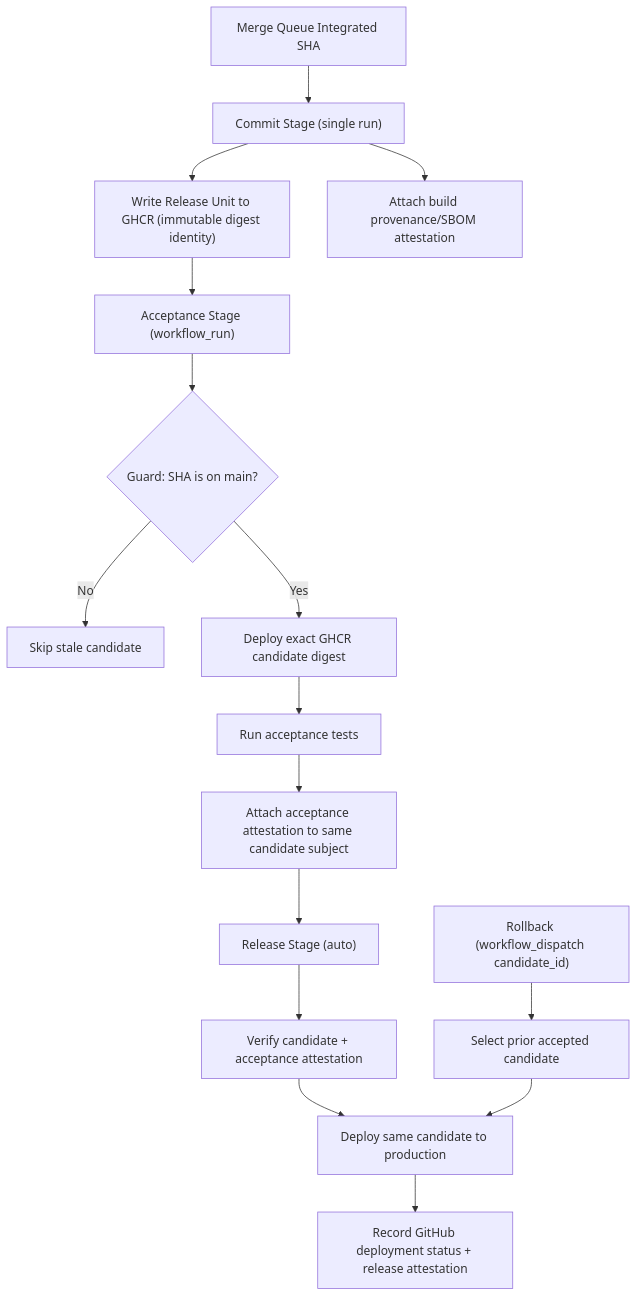
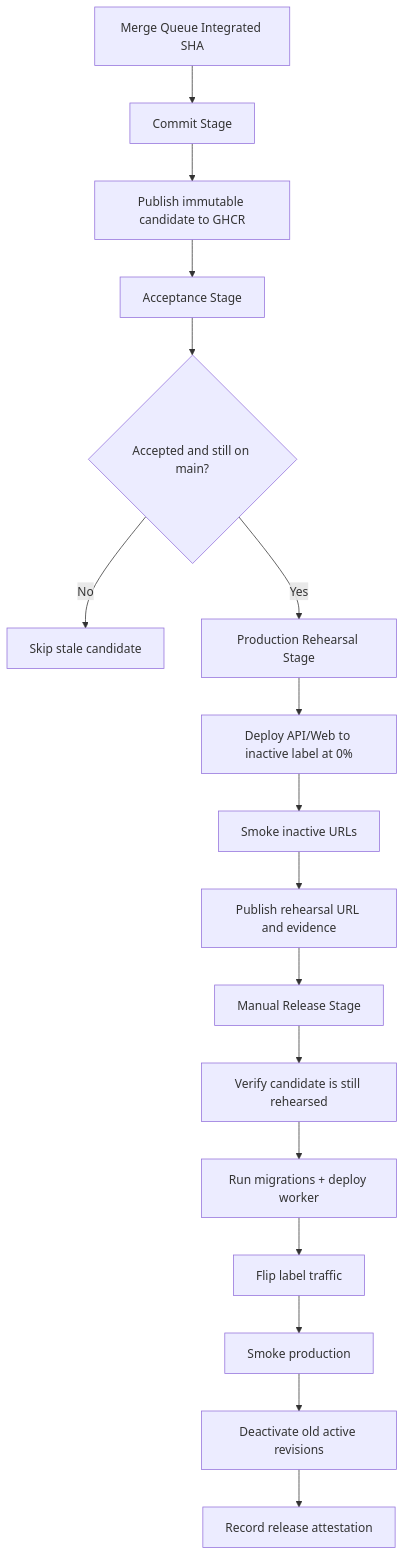
The diagram in pipeline/README.md (glcsolutions-ca/compass), drawn with Mermaid before and after one commit. The commit also changed other lines of this file and 39 other files, not shown here.

Commit message:
Split production rehearsal and release workflows

````diff
--- a/pipeline/README.md
+++ b/pipeline/README.md
@@ -19,21 +16,19 @@
 ```mermaid
 flowchart TD
-  A["Merge Queue Integrated SHA"] --> B["Commit Stage (single run)"]
-  B --> C["Write Release Unit to GHCR (immutable digest identity)"]
-  B --> D["Attach build provenance/SBOM attestation"]
-
-  C --> E["Acceptance Stage (workflow_run)"]
-  E --> E1{"Guard: SHA is on main?"}
-  E1 -- "No" --> X["Skip stale candidate"]
-  E1 -- "Yes" --> F["Deploy exact GHCR candidate digest"]
-  F --> G["Run acceptance tests"]
-  G --> H["Attach acceptance attestation to same candidate subject"]
-
-  H --> I["Release Stage (auto)"]
-  I --> J["Verify candidate + acceptance attestation"]
-  J --> K["Deploy same candidate to production"]
-  K --> L["Record GitHub deployment status + release attestation"]
-
-  M["Rollback (workflow_dispatch candidate_id)"] --> N["Select prior accepted candidate"]
-  N --> K
+  A["Merge Queue Integrated SHA"] --> B["Commit Stage"]
+  B --> C["Publish immutable candidate to GHCR"]
+  C --> D["Acceptance Stage"]
+  D --> E{"Accepted and still on main?"}
+  E -- "No" --> X["Skip stale candidate"]
+  E -- "Yes" --> F["Production Rehearsal Stage"]
+  F --> G["Deploy API/Web to inactive label at 0%"]
+  G --> H["Smoke inactive URLs"]
+  H --> I["Publish rehearsal URL and evidence"]
+  I --> J["Manual Release Stage"]
+  J --> K["Verify candidate is still rehearsed"]
+  K --> L["Run migrations + deploy worker"]
+  L --> M["Flip label traffic"]
+  M --> N["Smoke production"]
+  N --> O["Deactivate old active revisions"]
+  O --> P["Record release attestation"]
 ```
````
